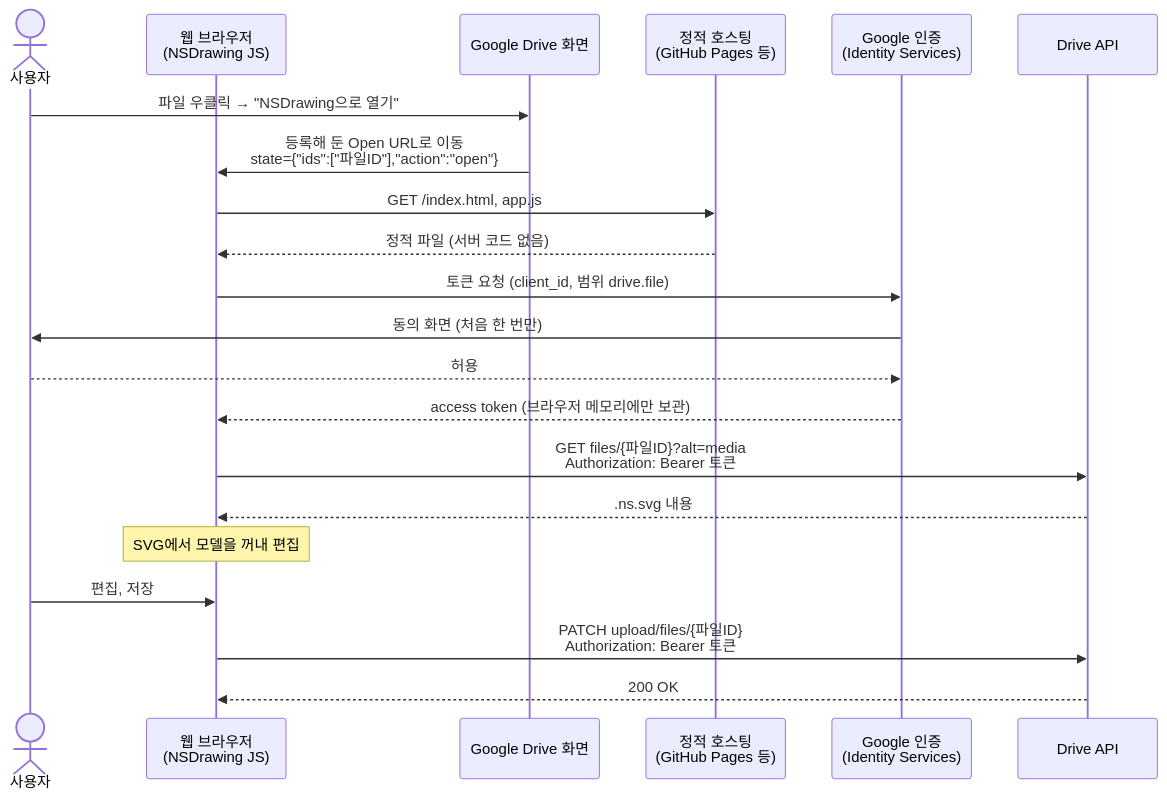
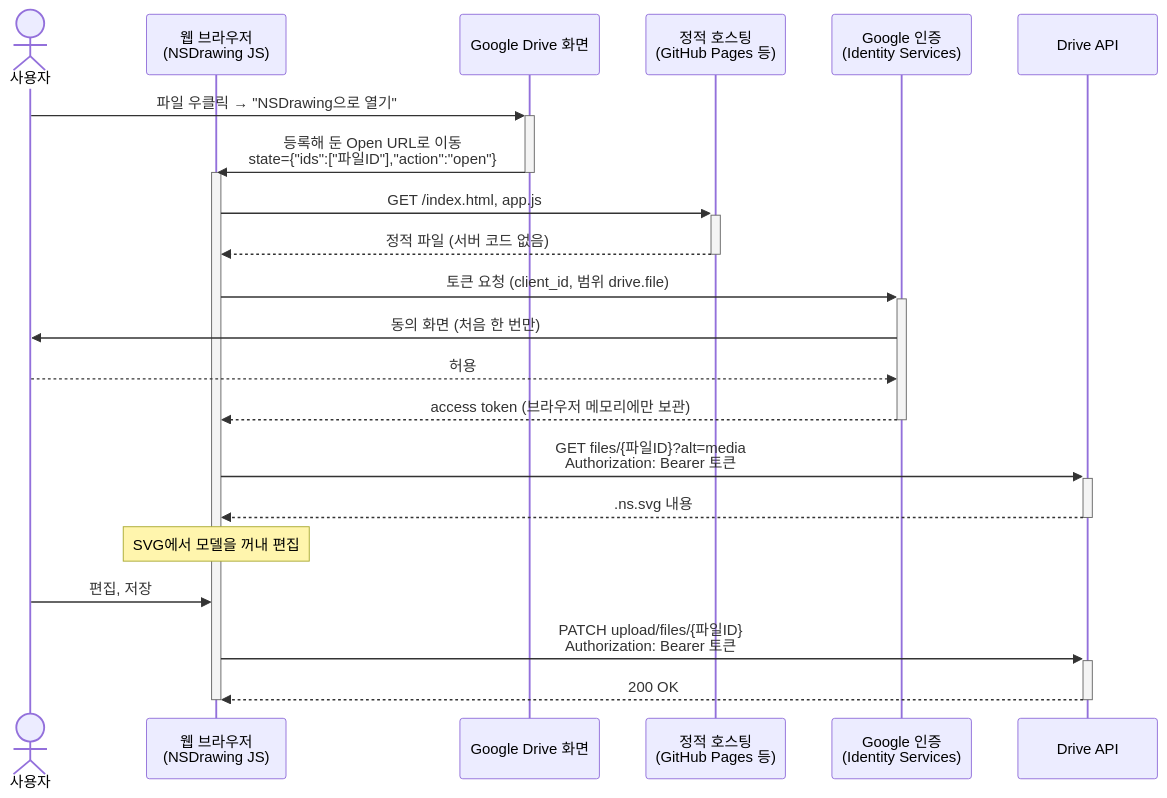
The diagram in tech-notes/drive-app-basics.md (reddiana/nsdrawing), drawn with Mermaid before and after one commit. The commit also changed 4 other files, not shown here.

Commit message:
Sequence Diagram에 activation bar, inbox '질문' 범위 명확히

````diff
--- a/tech-notes/drive-app-basics.md
+++ b/tech-notes/drive-app-basics.md
@@ -26,24 +26,26 @@
 ```mermaid
 sequenceDiagram
     actor U as 사용자
     participant B as 웹 브라우저<br/>(NSDrawing JS)
     participant D as Google Drive 화면
     participant H as 정적 호스팅<br/>(GitHub Pages 등)
     participant A as Google 인증<br/>(Identity Services)
     participant API as Drive API
 
-    U->>D: 파일 우클릭 → "NSDrawing으로 열기"
-    D->>B: 등록해 둔 Open URL로 이동<br/>state={"ids":["파일ID"],"action":"open"}
-    B->>H: GET /index.html, app.js
-    H-->>B: 정적 파일 (서버 코드 없음)
-    B->>A: 토큰 요청 (client_id, 범위 drive.file)
+    U->>+D: 파일 우클릭 → "NSDrawing으로 열기"
+    D->>-B: 등록해 둔 Open URL로 이동<br/>state={"ids":["파일ID"],"action":"open"}
+    activate B
+    B->>+H: GET /index.html, app.js
+    H-->>-B: 정적 파일 (서버 코드 없음)
+    B->>+A: 토큰 요청 (client_id, 범위 drive.file)
     A->>U: 동의 화면 (처음 한 번만)
     U-->>A: 허용
-    A-->>B: access token (브라우저 메모리에만 보관)
-    B->>API: GET files/{파일ID}?alt=media<br/>Authorization: Bearer 토큰
-    API-->>B: .ns.svg 내용
+    A-->>-B: access token (브라우저 메모리에만 보관)
+    B->>+API: GET files/{파일ID}?alt=media<br/>Authorization: Bearer 토큰
+    API-->>-B: .ns.svg 내용
     Note over B: SVG에서 모델을 꺼내 편집
     U->>B: 편집, 저장
-    B->>API: PATCH upload/files/{파일ID}<br/>Authorization: Bearer 토큰
-    API-->>B: 200 OK
+    B->>+API: PATCH upload/files/{파일ID}<br/>Authorization: Bearer 토큰
+    API-->>-B: 200 OK
+    deactivate B
 ```
````
